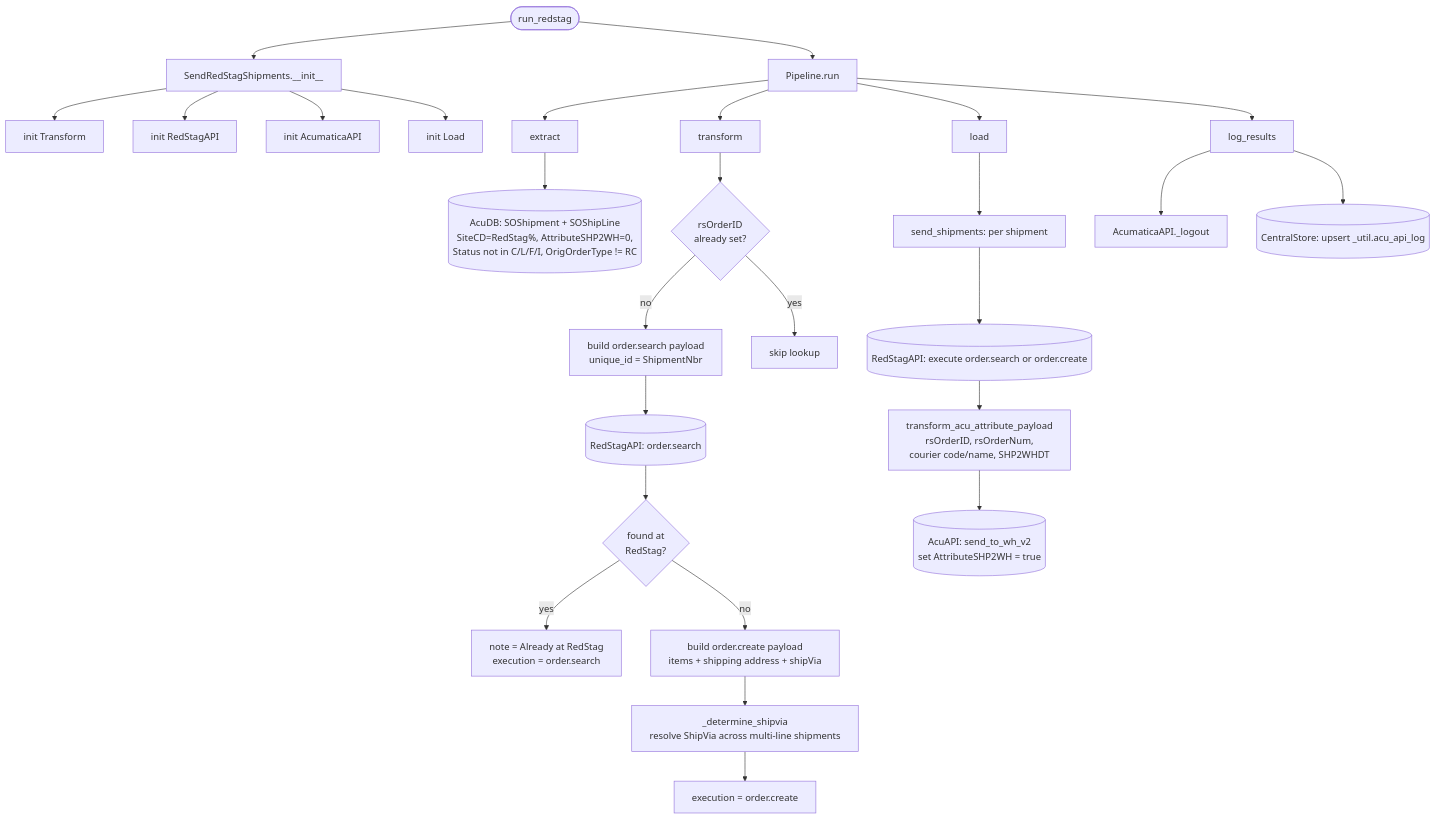
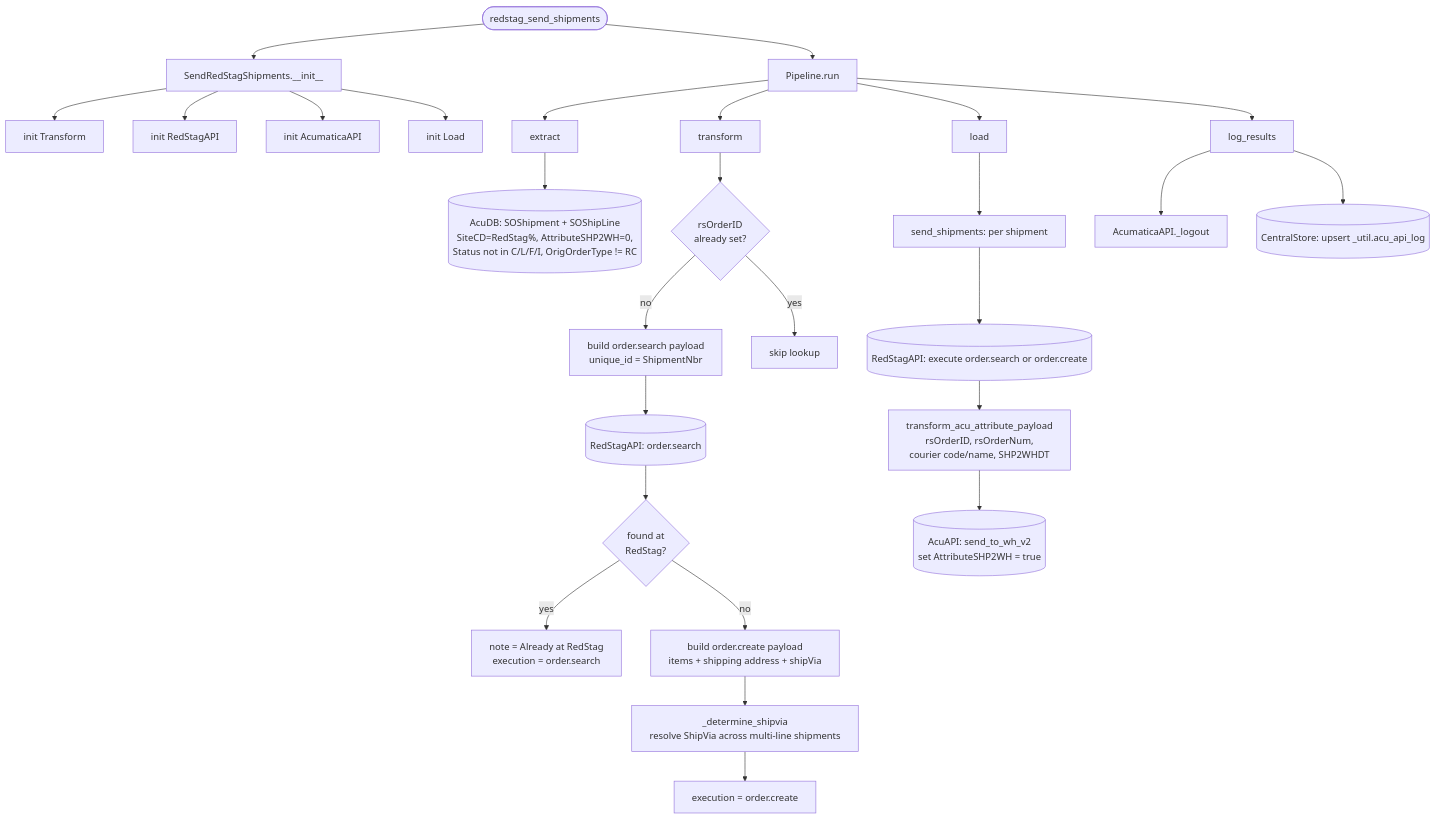
Before and after one commit to journeyhl/logistics-integration-platform: the diagram in docs/pipelines/redstag_send_shipments.md, drawn with Mermaid. The commit also changed 13 other files, not shown here.

````diff
--- a/docs/pipelines/redstag_send_shipments.md
+++ b/docs/pipelines/redstag_send_shipments.md
@@ -1,34 +1,34 @@
 ```mermaid
 %%{init: {"flowchart": {"wrappingWidth": 400}}}%%
 flowchart TD
-    A([run_redstag]) --> B[SendRedStagShipments.__init__]
+    A([redstag_send_shipments]) --> B[SendRedStagShipments.__init__]
     B --> B1[init Transform]
     B --> B2[init RedStagAPI]
     B --> B3[init AcumaticaAPI]
     B --> B4[init Load]
     A --> RUN[Pipeline.run]
 
     RUN --> EX[extract]
     EX --> D1[(AcuDB: SOShipment + SOShipLine<br/>SiteCD=RedStag%, AttributeSHP2WH=0,<br/>Status not in C/L/F/I, OrigOrderType != RC)]
 
     RUN --> TR[transform]
     TR --> TR1{rsOrderID<br/>already set?}
     TR1 -->|no| TR2[build order.search payload<br/>unique_id = ShipmentNbr]
     TR2 --> RS1[(RedStagAPI: order.search)]
     RS1 --> TR3{found at<br/>RedStag?}
     TR3 -->|yes| TR4[note = Already at RedStag<br/>execution = order.search]
     TR3 -->|no| TR5[build order.create payload<br/>items + shipping address + shipVia]
     TR5 --> TR6[_determine_shipvia<br/>resolve ShipVia across multi-line shipments]
     TR6 --> TR7[execution = order.create]
     TR1 -->|yes| TR8[skip lookup]
 
     RUN --> LD[load]
     LD --> LD1[send_shipments: per shipment]
     LD1 --> RS2[(RedStagAPI: execute order.search or order.create)]
     RS2 --> LD2[transform_acu_attribute_payload<br/>rsOrderID, rsOrderNum,<br/>courier code/name, SHP2WHDT]
     LD2 --> ACU1[(AcuAPI: send_to_wh_v2<br/>set AttributeSHP2WH = true)]
 
     RUN --> LR[log_results]
     LR --> LO[AcumaticaAPI._logout]
     LR --> UPS[(CentralStore: upsert _util.acu_api_log)]
 ```
````
